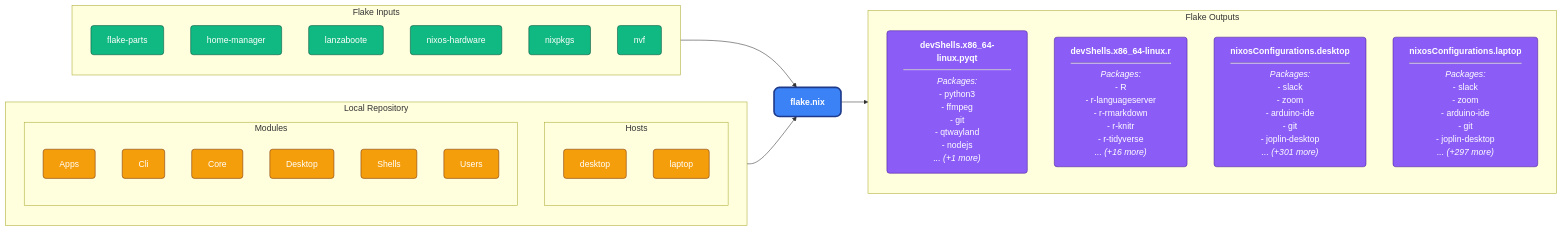
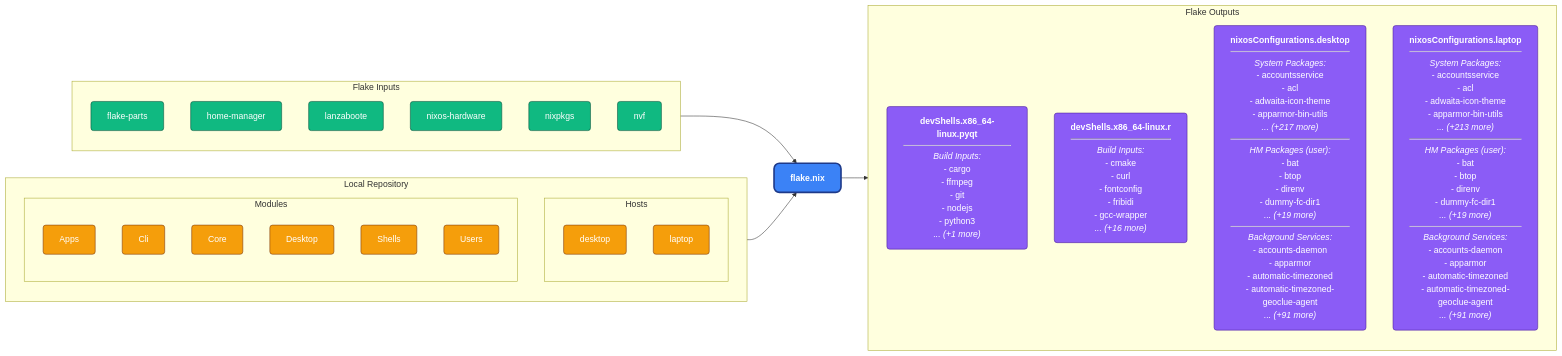
One commit to samuel-garmany/NixOS changed the diagram in README.md. Above: the diagram before and after it, drawn with Mermaid. The commit also changed 1 other file, not shown here.

Commit message:
feat: evaluate home-manager packages and systemd services dynamically for graph

````diff
--- a/README.md
+++ b/README.md
@@ -18,47 +18,47 @@
 ```mermaid
 graph LR
   classDef flake fill:#3b82f6,stroke:#1e3a8a,stroke-width:3px,color:#fff,font-weight:bold,rx:10,ry:10;
   classDef input fill:#10b981,stroke:#064e3b,color:#fff,rx:5,ry:5;
   classDef local fill:#f59e0b,stroke:#78350f,color:#fff,rx:5,ry:5;
   classDef output fill:#8b5cf6,stroke:#4c1d95,color:#fff,rx:5,ry:5;
   Flake[flake.nix]:::flake
 
   subgraph Inputs [Flake Inputs]
     direction TB
     in_flake_parts[flake-parts]:::input
     in_home_manager[home-manager]:::input
     in_lanzaboote[lanzaboote]:::input
     in_nixos_hardware[nixos-hardware]:::input
     in_nixpkgs[nixpkgs]:::input
     in_nvf[nvf]:::input
   end
   Inputs --> Flake
 
   subgraph Local [Local Repository]
     direction TB
     subgraph Hosts
       direction TB
       h_desktop[desktop]:::local
       h_laptop[laptop]:::local
     end
     subgraph Modules
       direction TB
       m_apps[Apps]:::local
       m_cli[Cli]:::local
       m_core[Core]:::local
       m_desktop[Desktop]:::local
       m_shells[Shells]:::local
       m_users[Users]:::local
     end
   end
   Local --> Flake
 
   subgraph Outputs [Flake Outputs]
     direction TB
-    out_devShells_x86_64_linux_pyqt["<b>devShells.x86_64-linux.pyqt</b><hr/><i>Packages:</i><br/>- python3<br/>- ffmpeg<br/>- git<br/>- qtwayland<br/>- nodejs<br/><i>... (+1 more)</i>"]:::output
-    out_devShells_x86_64_linux_r["<b>devShells.x86_64-linux.r</b><hr/><i>Packages:</i><br/>- R<br/>- r-languageserver<br/>- r-rmarkdown<br/>- r-knitr<br/>- r-tidyverse<br/><i>... (+16 more)</i>"]:::output
-    out_nixosConfigurations_desktop["<b>nixosConfigurations.desktop</b><hr/><i>Packages:</i><br/>- slack<br/>- zoom<br/>- arduino-ide<br/>- git<br/>- joplin-desktop<br/><i>... (+301 more)</i>"]:::output
-    out_nixosConfigurations_laptop["<b>nixosConfigurations.laptop</b><hr/><i>Packages:</i><br/>- slack<br/>- zoom<br/>- arduino-ide<br/>- git<br/>- joplin-desktop<br/><i>... (+297 more)</i>"]:::output
+    out_devShells_x86_64_linux_pyqt["<b>devShells.x86_64-linux.pyqt</b><hr/><i>Build Inputs:</i><br/>- cargo<br/>- ffmpeg<br/>- git<br/>- nodejs<br/>- python3<br/><i>... (+1 more)</i>"]:::output
+    out_devShells_x86_64_linux_r["<b>devShells.x86_64-linux.r</b><hr/><i>Build Inputs:</i><br/>- cmake<br/>- curl<br/>- fontconfig<br/>- fribidi<br/>- gcc-wrapper<br/><i>... (+16 more)</i>"]:::output
+    out_nixosConfigurations_desktop["<b>nixosConfigurations.desktop</b><hr/><i>System Packages:</i><br/>- accountsservice<br/>- acl<br/>- adwaita-icon-theme<br/>- apparmor-bin-utils<br/><i>... (+217 more)</i><hr/><i>HM Packages (user):</i><br/>- bat<br/>- btop<br/>- direnv<br/>- dummy-fc-dir1<br/><i>... (+19 more)</i><hr/><i>Background Services:</i><br/>- accounts-daemon<br/>- apparmor<br/>- automatic-timezoned<br/>- automatic-timezoned-geoclue-agent<br/><i>... (+91 more)</i>"]:::output
+    out_nixosConfigurations_laptop["<b>nixosConfigurations.laptop</b><hr/><i>System Packages:</i><br/>- accountsservice<br/>- acl<br/>- adwaita-icon-theme<br/>- apparmor-bin-utils<br/><i>... (+213 more)</i><hr/><i>HM Packages (user):</i><br/>- bat<br/>- btop<br/>- direnv<br/>- dummy-fc-dir1<br/><i>... (+19 more)</i><hr/><i>Background Services:</i><br/>- accounts-daemon<br/>- apparmor<br/>- automatic-timezoned<br/>- automatic-timezoned-geoclue-agent<br/><i>... (+91 more)</i>"]:::output
   end
   Flake --> Outputs
 ```
````
